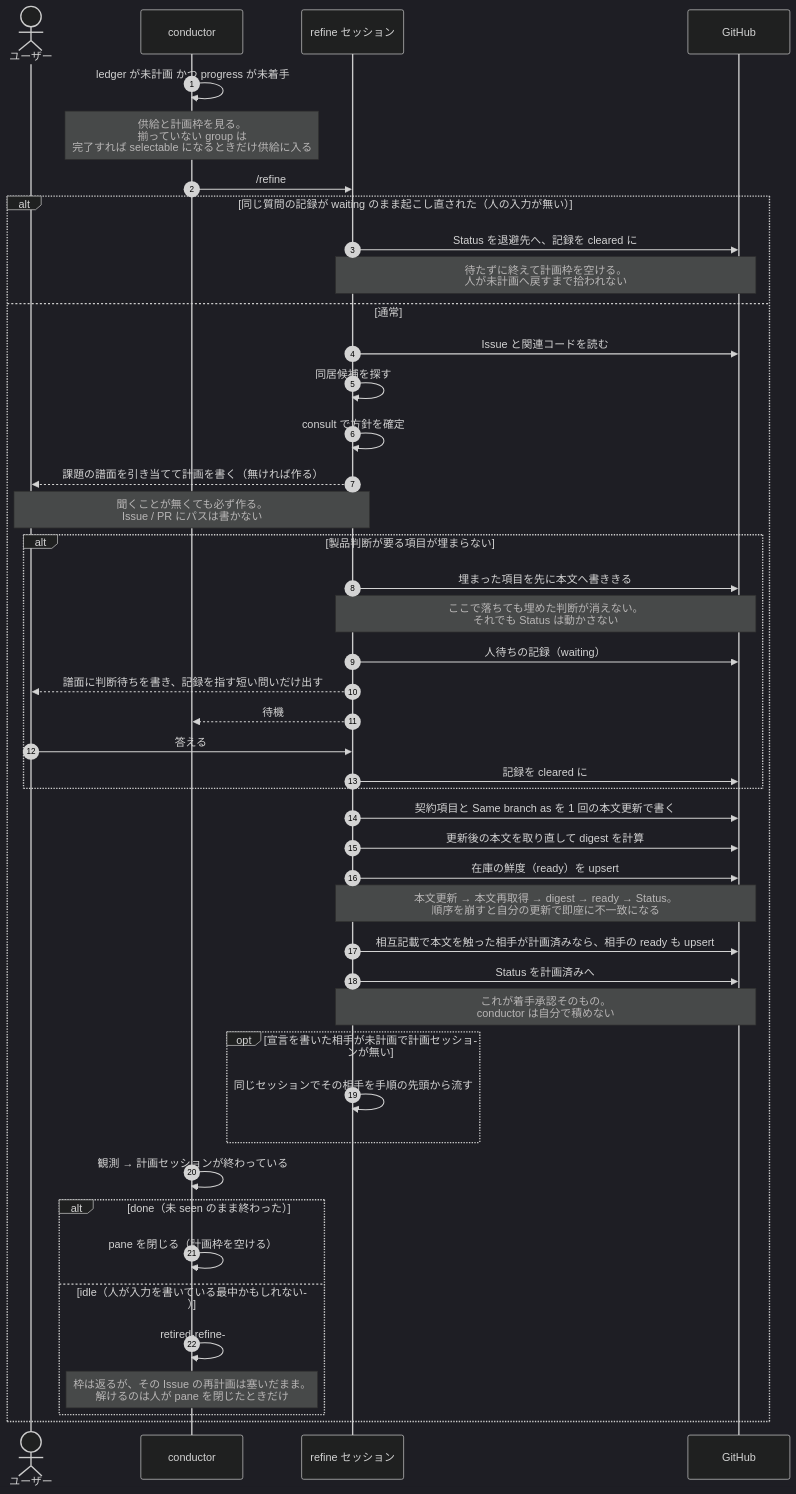
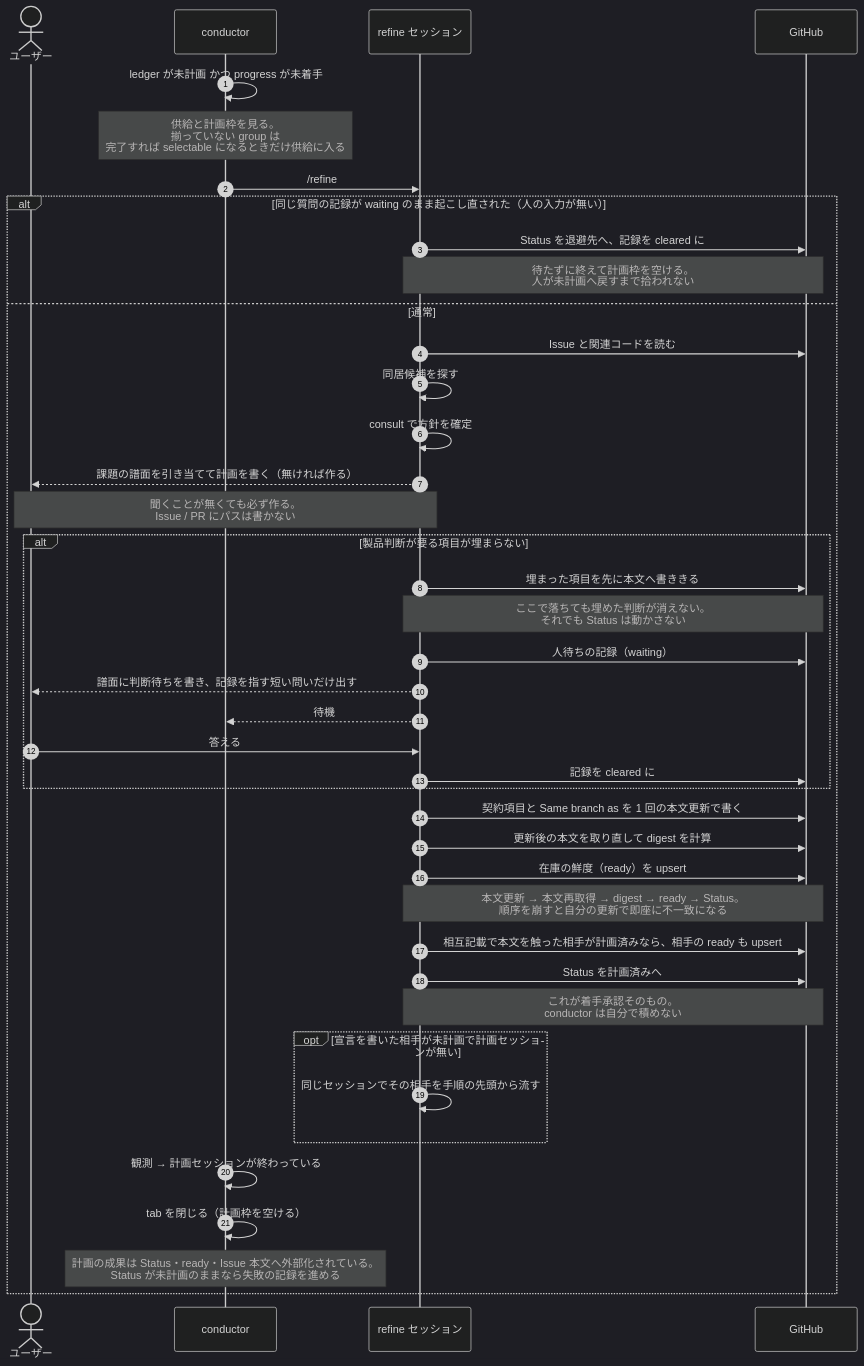
The fourth of 4 diagrams in agents/docs/lifecycle.md (usagizmo/agentfiles), drawn with Mermaid (dark theme) before and after one commit. The commit also changed 14 other files, not shown here.

````diff
--- a/agents/docs/lifecycle.md
+++ b/agents/docs/lifecycle.md
@@ -175,51 +175,46 @@
 ```mermaid
 sequenceDiagram
     autonumber
     actor U as ユーザー
     participant C as conductor
     participant F as refine セッション
     participant GH as GitHub
 
     C->>C: ledger が未計画 かつ progress が未着手
     Note over C: 供給と計画枠を見る。<br/>揃っていない group は<br/>完了すれば selectable になるときだけ供給に入る
     C->>F: /refine #N
     alt 同じ質問の記録が waiting のまま起こし直された（人の入力が無い）
         F->>GH: Status を退避先へ、記録を cleared に
         Note over F,GH: 待たずに終えて計画枠を空ける。<br/>人が未計画へ戻すまで拾われない
     else 通常
         F->>GH: Issue と関連コードを読む
         F->>F: 同居候補を探す
         F->>F: consult で方針を確定
         F-->>U: 課題の譜面を引き当てて計画を書く（無ければ作る）
         Note over F,U: 聞くことが無くても必ず作る。<br/>Issue / PR にパスは書かない
 
         alt 製品判断が要る項目が埋まらない
             F->>GH: 埋まった項目を先に本文へ書ききる
             Note over F,GH: ここで落ちても埋めた判断が消えない。<br/>それでも Status は動かさない
             F->>GH: 人待ちの記録（waiting）
             F-->>U: 譜面に判断待ちを書き、記録を指す短い問いだけ出す
             F-->>C: 待機
             U->>F: 答える
             F->>GH: 記録を cleared に
         end
 
         F->>GH: 契約項目と Same branch as を 1 回の本文更新で書く
         F->>GH: 更新後の本文を取り直して digest を計算
         F->>GH: 在庫の鮮度（ready）を upsert
         Note over F,GH: 本文更新 → 本文再取得 → digest → ready → Status。<br/>順序を崩すと自分の更新で即座に不一致になる
         F->>GH: 相互記載で本文を触った相手が計画済みなら、相手の ready も upsert
         F->>GH: Status を計画済みへ
         Note over F,GH: これが着手承認そのもの。<br/>conductor は自分で積めない
         opt 宣言を書いた相手が未計画で計画セッションが無い
             F->>F: 同じセッションでその相手を手順の先頭から流す
         end
         C->>C: 観測 → 計画セッションが終わっている
-
-        alt done（未 seen のまま終わった）
-            C->>C: pane を閉じる（計画枠を空ける）
-        else idle（人が入力を書いている最中かもしれない）
-            C->>C: retired-refine-#N へ rename する
-            Note over C: 枠は返るが、その Issue の再計画は塞いだまま。<br/>解けるのは人が pane を閉じたときだけ
-        end
+        C->>C: tab を閉じる（計画枠を空ける）
+        Note over C: 計画の成果は Status・ready・Issue 本文へ外部化されている。<br/>Status が未計画のままなら失敗の記録を進める
     end
 ```
````
